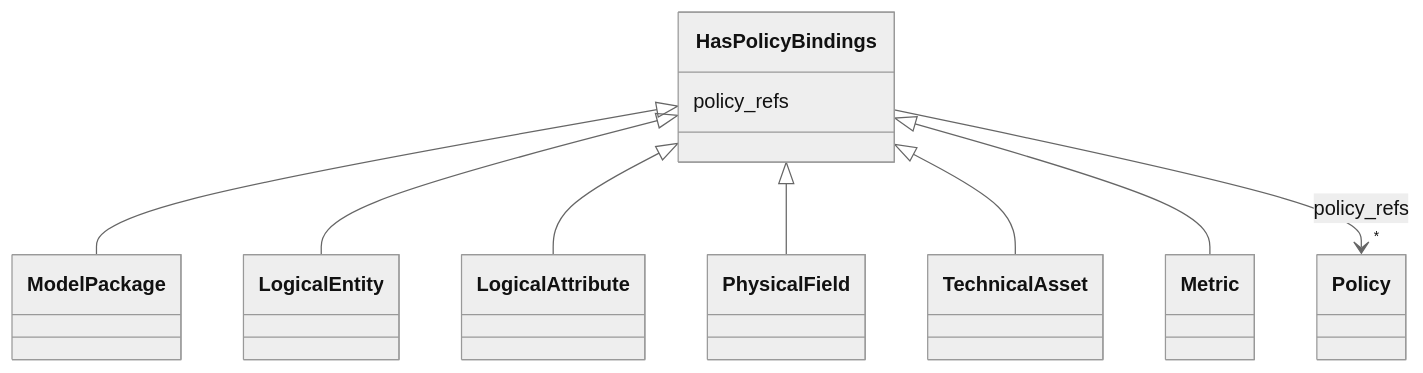
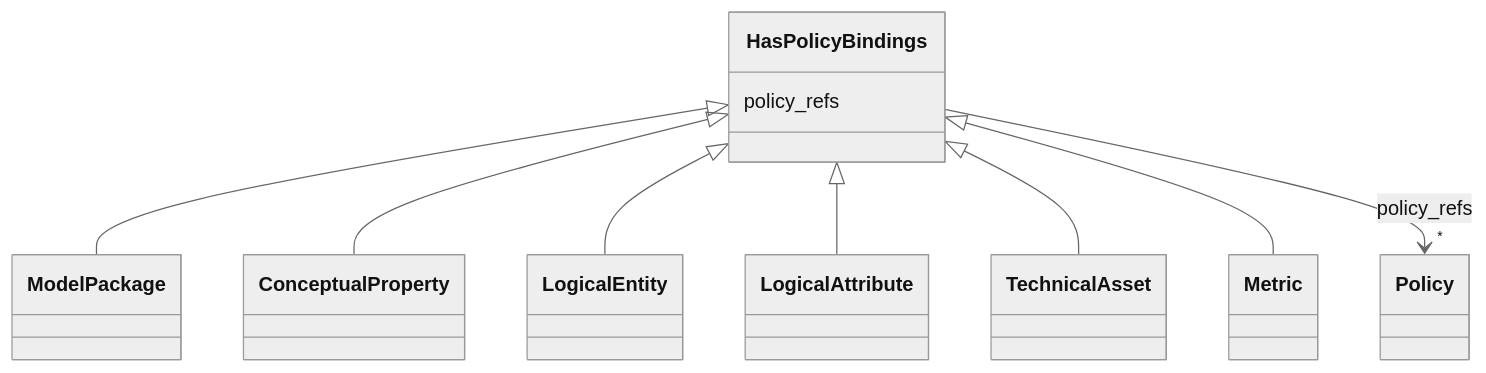
One commit to oista/moex-data-model changed the diagram in generated/artifacts/moex-dams/0.1/diagrams/HasPolicyBindings.md. Above: the diagram before and after it, drawn with Mermaid (neutral theme). The commit also changed 193 other files, not shown here.

First line of the commit message:
feat(dams): introduce DataStructure and SchemaNode, separate Message (#11)

````diff
--- a/generated/artifacts/moex-dams/0.1/diagrams/HasPolicyBindings.md
+++ b/generated/artifacts/moex-dams/0.1/diagrams/HasPolicyBindings.md
@@ -4,30 +4,30 @@
 ```mermaid
  classDiagram
     class HasPolicyBindings
     click HasPolicyBindings href "../HasPolicyBindings"
       HasPolicyBindings <|-- ModelPackage
         click ModelPackage href "../ModelPackage"
+      HasPolicyBindings <|-- ConceptualProperty
+        click ConceptualProperty href "../ConceptualProperty"
       HasPolicyBindings <|-- LogicalEntity
         click LogicalEntity href "../LogicalEntity"
       HasPolicyBindings <|-- LogicalAttribute
         click LogicalAttribute href "../LogicalAttribute"
-      HasPolicyBindings <|-- PhysicalField
-        click PhysicalField href "../PhysicalField"
       HasPolicyBindings <|-- TechnicalAsset
         click TechnicalAsset href "../TechnicalAsset"
       HasPolicyBindings <|-- Metric
         click Metric href "../Metric"
       
       HasPolicyBindings : policy_refs
         
           
     
         
         
         HasPolicyBindings --> "*" Policy : policy_refs
         click Policy href "../Policy"
     
 
         
       
 ```
````
